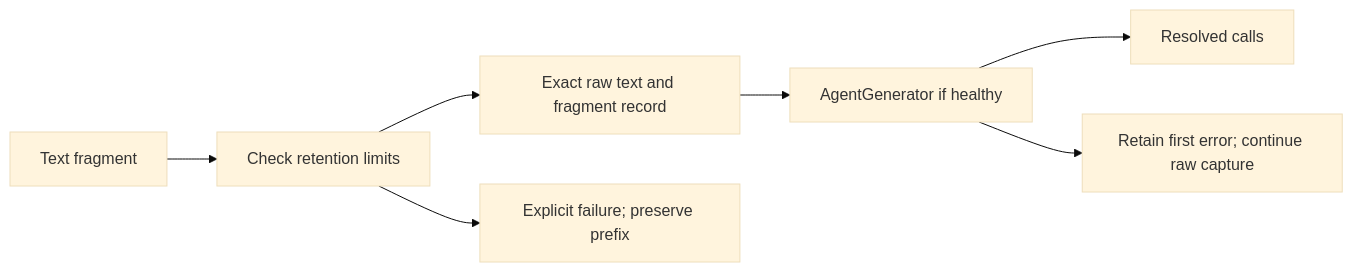
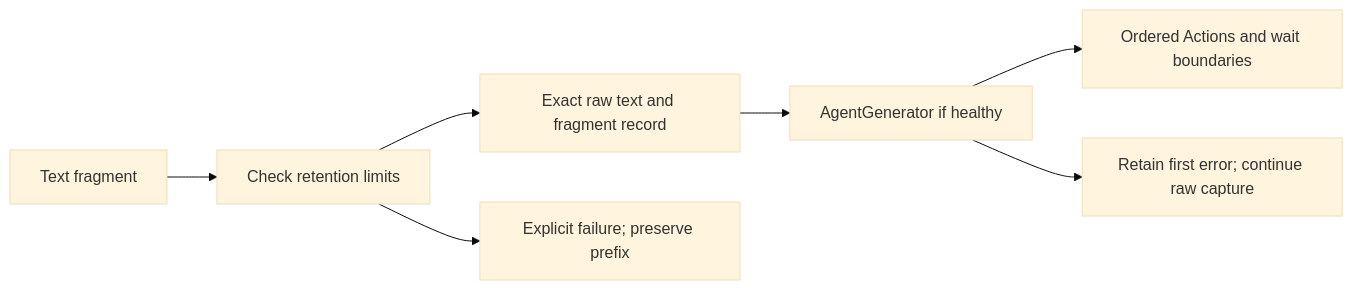
Before and after one commit to devilyouwei/MobileHarness: the third of 4 diagrams in MobileHarness/AgentCore/Generation/README.md, drawn with Mermaid (base theme). The commit also changed other lines of this file and 97 other files, not shown here.

````diff
--- a/MobileHarness/AgentCore/Generation/README.md
+++ b/MobileHarness/AgentCore/Generation/README.md
@@ -134,9 +138,9 @@
 ```mermaid
 flowchart LR
     Delta[Text fragment] --> Bound[Check retention limits]
     Bound --> Raw[Exact raw text and fragment record]
     Raw --> Parser[AgentGenerator if healthy]
-    Parser --> Calls[Resolved calls]
+    Parser --> Calls[Ordered Actions and wait boundaries]
     Parser --> Error[Retain first error; continue raw capture]
     Bound --> Overflow[Explicit failure; preserve prefix]
 ```
````
